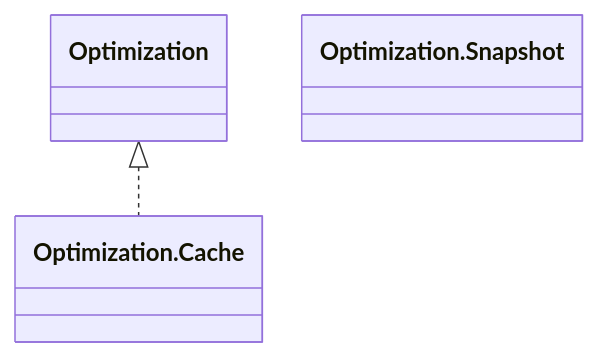
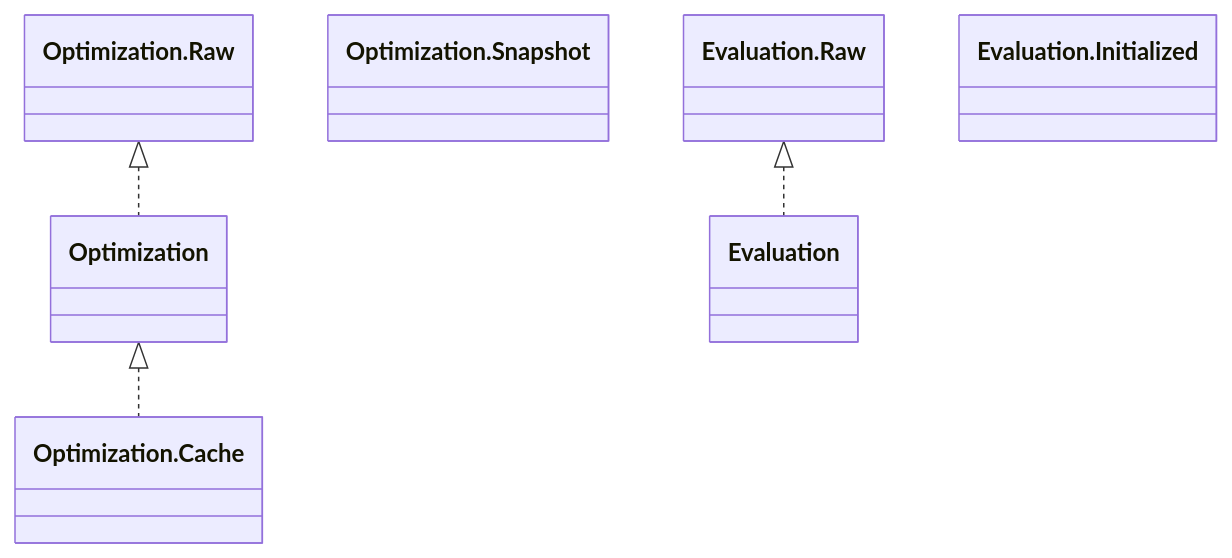
The diagram in README.md (zimtsui/iterflow), drawn with Mermaid before and after one commit. The commit also changed other lines of this file and 1 other file, not shown here.

````diff
--- a/README.md
+++ b/README.md
@@ -121,7 +111,10 @@
 ```mermaid
 classDiagram
 
 Optimization <|.. Optimization.Cache
+Optimization.Raw <|.. Optimization
+class Optimization.Snapshot
 
-class Optimization.Snapshot
+Evaluation.Raw <|.. Evaluation
+class Evaluation.Initialized
 ```
````
